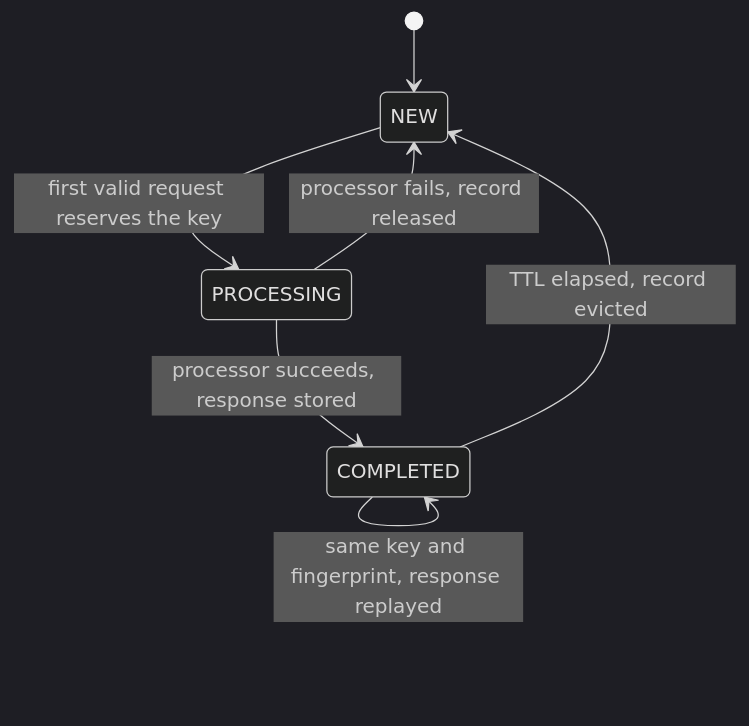
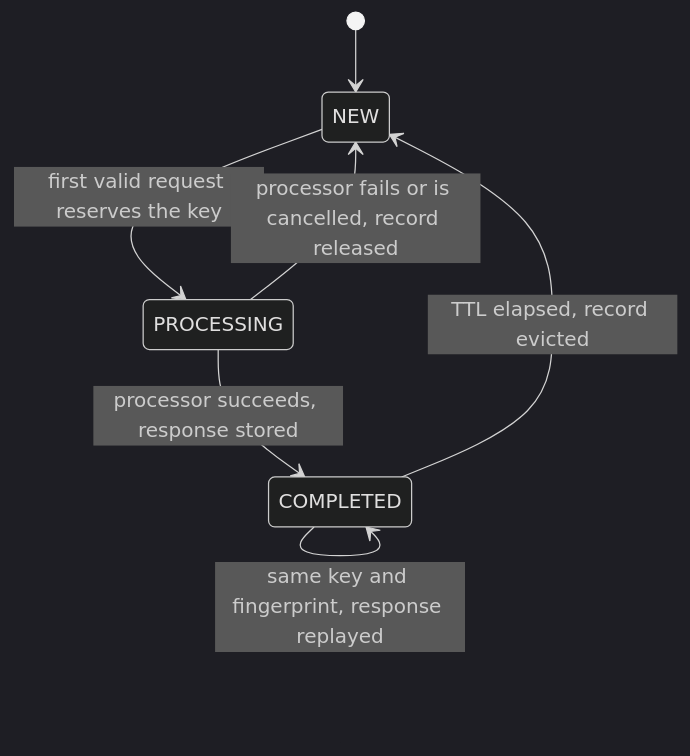
The second of 2 diagrams in README.md (aijules/Idempotency-Gateway), drawn with Mermaid (dark theme) before and after one commit. The commit also changed other lines of this file and 9 other files, not shown here.

````diff
--- a/README.md
+++ b/README.md
@@ -82,9 +95,9 @@
 ```mermaid
 stateDiagram-v2
     [*] --> NEW
     NEW --> PROCESSING: first valid request reserves the key
     PROCESSING --> COMPLETED: processor succeeds, response stored
-    PROCESSING --> NEW: processor fails, record released
+    PROCESSING --> NEW: processor fails or is cancelled, record released
     COMPLETED --> COMPLETED: same key and fingerprint, response replayed
     COMPLETED --> NEW: TTL elapsed, record evicted
 ```
````
